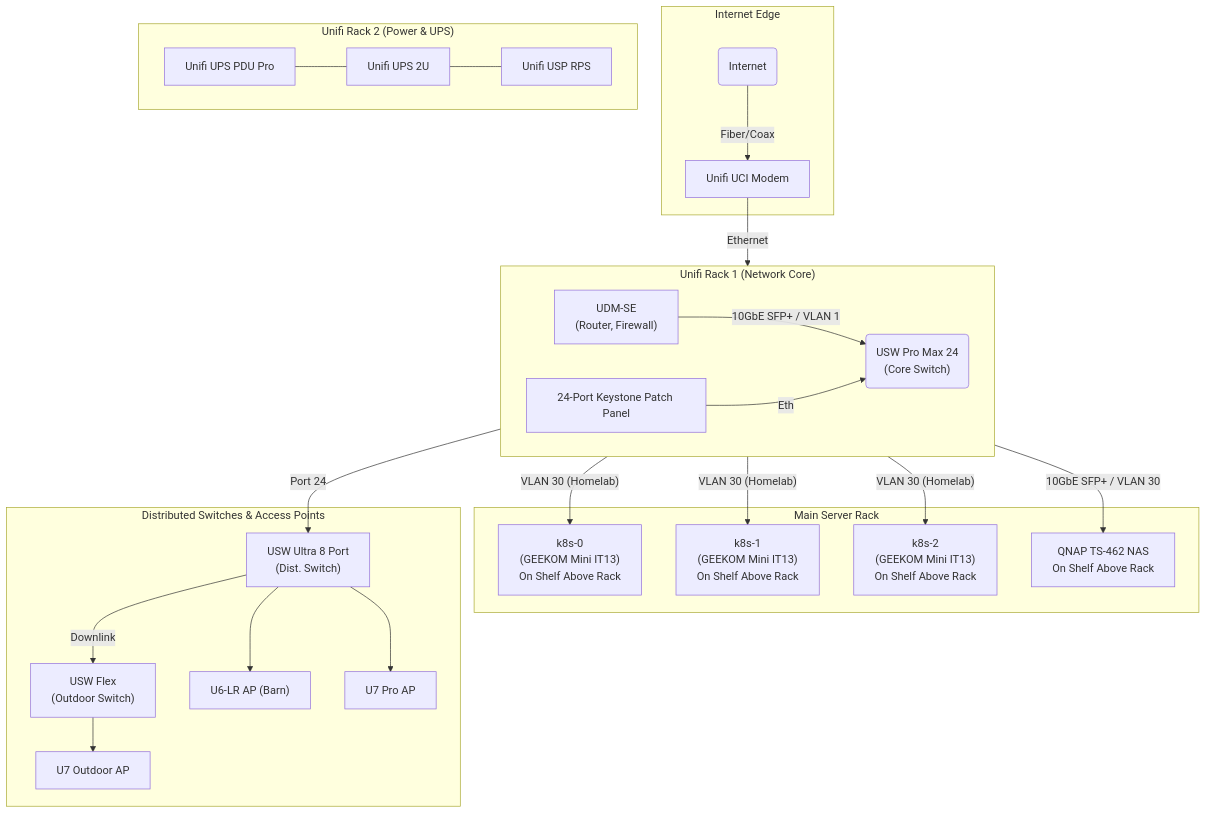
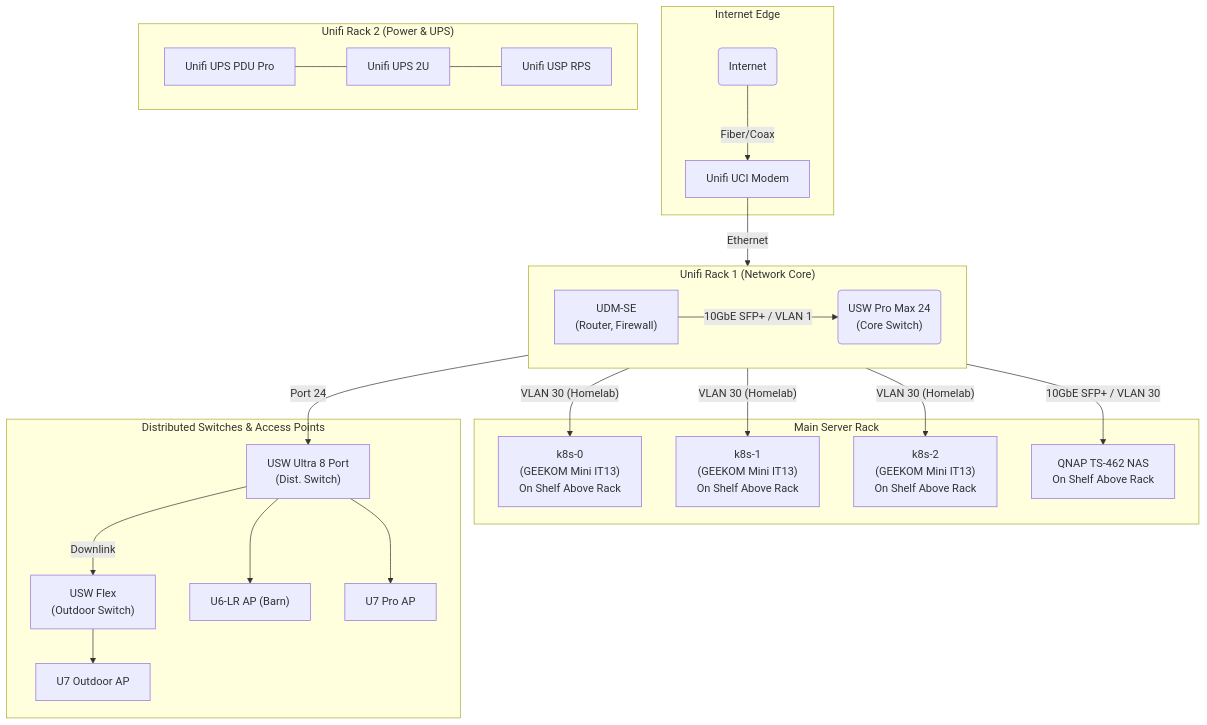
One commit to dmfrey/home-gitops changed the diagram in infrastructure.md. Above: the diagram before and after it, drawn with Mermaid.

Commit message:
remove patch panel

````diff
--- a/infrastructure.md
+++ b/infrastructure.md
@@ -5,72 +5,72 @@
 ```mermaid
 graph TD
     subgraph "Internet Edge"
         I(Internet)
         UCI[Unifi UCI Modem]
     end
 
     subgraph "Unifi Rack 1 (Network Core)"
         direction LR
         UDMSE["UDM-SE
 (Router, Firewall)"]
-        PatchPanel["24-Port Keystone Patch Panel"]
+
         USWPM24("USW Pro Max 24
 (Core Switch)")
     end
 
     subgraph "Unifi Rack 2 (Power & UPS)"
         direction LR
         PDU["Unifi UPS PDU Pro"]
         UPS["Unifi UPS 2U"]
         RPS["Unifi USP RPS"]
     end
 
     subgraph "Main Server Rack"
         k8s0["k8s-0
 (GEEKOM Mini IT13)
 On Shelf Above Rack"]
         k8s1["k8s-1
 (GEEKOM Mini IT13)
 On Shelf Above Rack"]
         k8s2["k8s-2
 (GEEKOM Mini IT13)
 On Shelf Above Rack"]
         QNAP["QNAP TS-462 NAS
 On Shelf Above Rack"]
     end
 
     subgraph "Distributed Switches & Access Points"
         USWUltra8["USW Ultra 8 Port
 (Dist. Switch)"]
         USWFlex["USW Flex
 (Outdoor Switch)"]
         U6LR["U6-LR AP"]
         U7Pro["U7 Pro AP"]
         U7Outdoor["U7 Outdoor AP"]
     end
 
     %% --- Internet Edge Connections ---
     I -- "Fiber/Coax" --> UCI
     UCI -- "Ethernet" --> UDMSE
 
     %% --- Unifi Rack 1 Internal Connections ---
     UDMSE -- "10GbE SFP+ / VLAN 1" --> USWPM24
-    PatchPanel -- "Eth" --> USWPM24
+
 
     %% --- Inter-Rack Connections (Main Switch to Servers/NAS) ---
     USWPM24 -- "VLAN 30 (Homelab)" --> k8s0
     USWPM24 -- "VLAN 30 (Homelab)" --> k8s1
     USWPM24 -- "VLAN 30 (Homelab)" --> k8s2
     USWPM24 -- "10GbE SFP+ / VLAN 30" --> QNAP
 
     %% --- Power Connections (Conceptual) ---
     PDU --- UPS
     UPS --- RPS
 
     %% --- Distributed Network ---
     USWPM24 -- "Port 24" --> USWUltra8
     USWUltra8 -- "Downlink" --> USWFlex
     USWUltra8 --> U7Pro
     USWUltra8 --> U6LR["U6-LR AP (Barn)"]
     USWFlex --> U7Outdoor["U7 Outdoor AP"]
 ```
````
